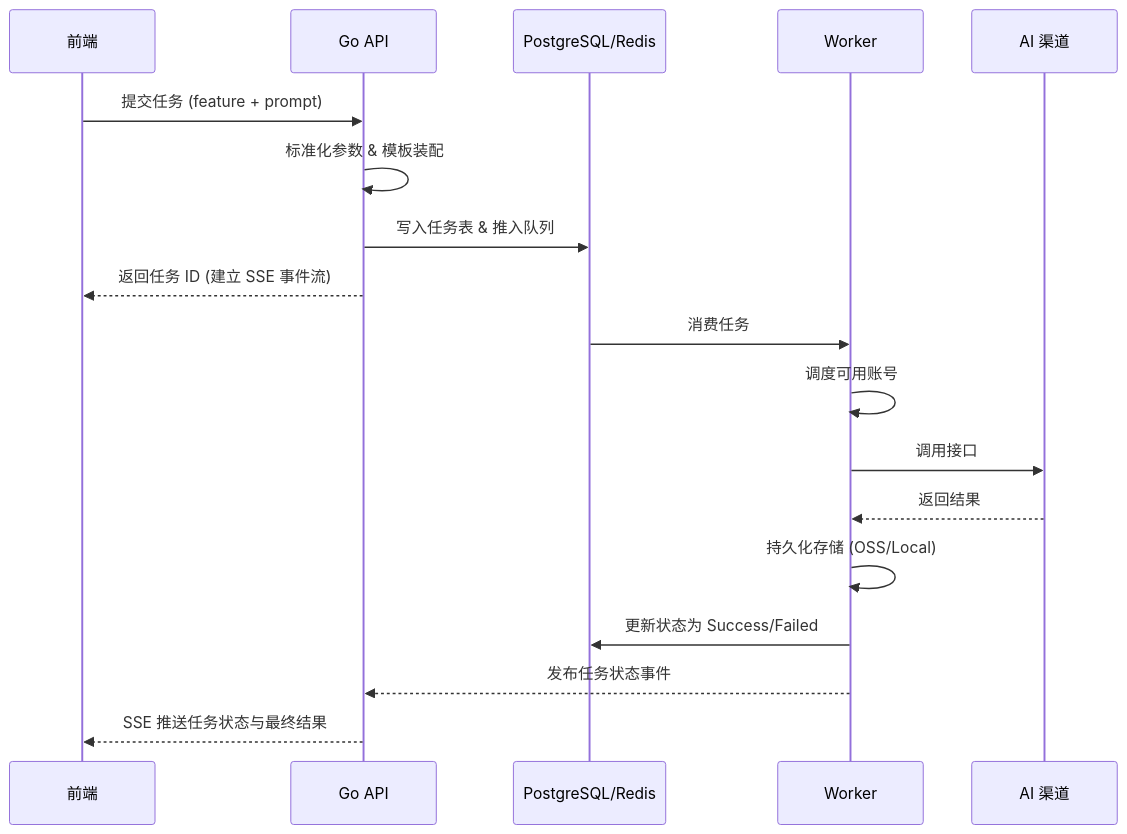
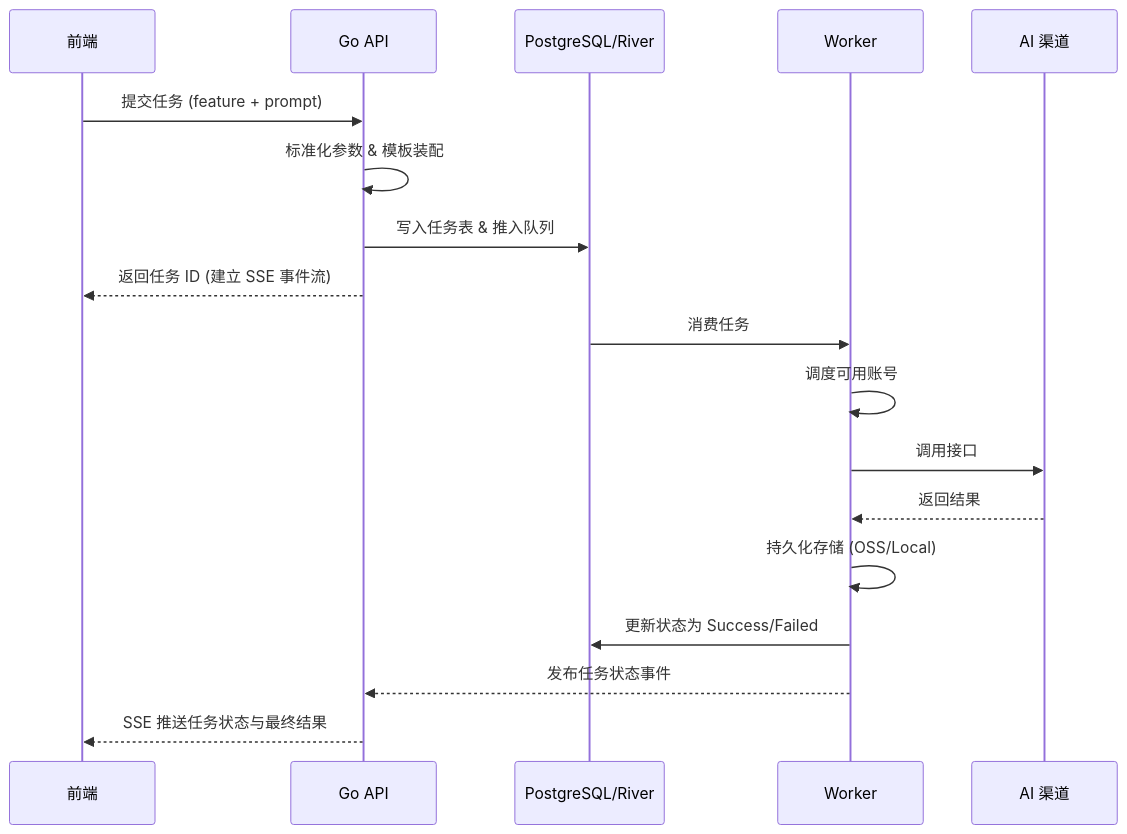
Before and after one commit to Ericsunsk/IdeaBoard: the second of 2 diagrams in DEVELOPMENT.md, drawn with Mermaid. The commit also changed other lines of this file and 57 other files, not shown here.

First line of the commit message:
refactor: replace Asynq+Redis with River+PostgreSQL for task queue

````diff
--- a/DEVELOPMENT.md
+++ b/DEVELOPMENT.md
@@ -165,23 +164,23 @@
 ```mermaid
 sequenceDiagram
     participant FE as 前端
     participant API as Go API
-    participant DB as PostgreSQL/Redis
+    participant DB as PostgreSQL/River
     participant WK as Worker
     participant AI as AI 渠道
 
     FE->>API: 提交任务 (feature + prompt)
     API->>API: 标准化参数 & 模板装配
     API->>DB: 写入任务表 & 推入队列
     API-->>FE: 返回任务 ID (建立 SSE 事件流)
     
     DB->>WK: 消费任务
     WK->>WK: 调度可用账号
     WK->>AI: 调用接口
     AI-->>WK: 返回结果
     WK->>WK: 持久化存储 (OSS/Local)
     WK->>DB: 更新状态为 Success/Failed
     
     WK-->>API: 发布任务状态事件
     API-->>FE: SSE 推送任务状态与最终结果
 ```
````
